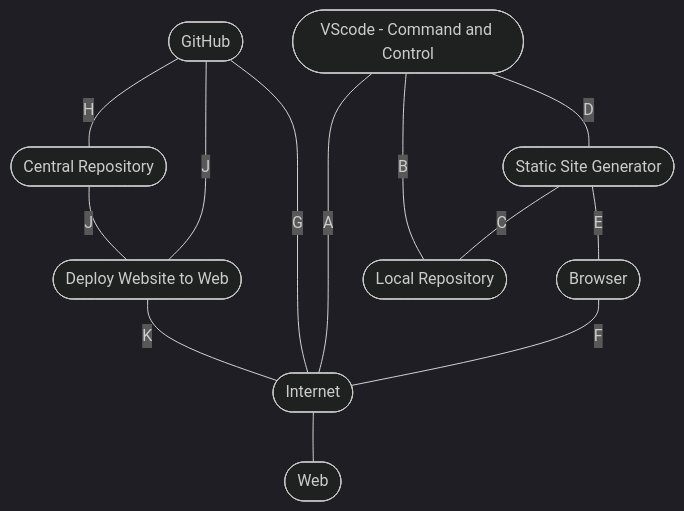
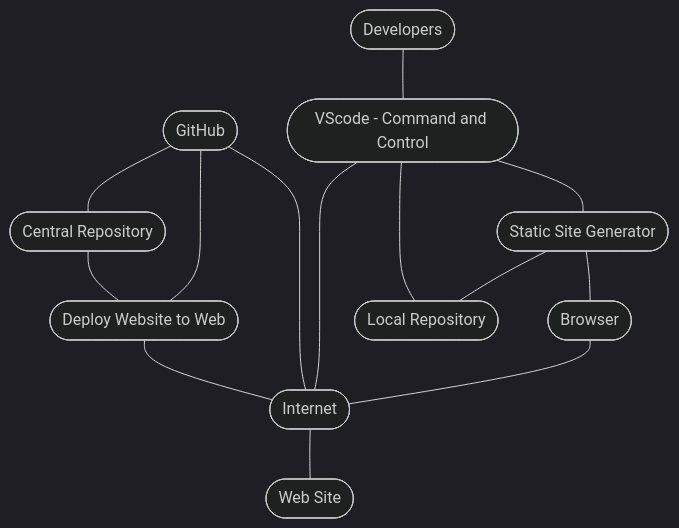
The diagram in docs/website-development-stack.md (JohnTelford/mkdocs-2), drawn with Mermaid (dark theme) before and after one commit. The commit also changed other lines of this file and 3 other files, not shown here.

````diff
--- a/docs/website-development-stack.md
+++ b/docs/website-development-stack.md
@@ -15,40 +15,42 @@
 ``` mermaid
 flowchart TB
 	net([Internet]) 
 
-	web([Web])
+	web([Web Site])
 
-	crepo ---| J | cdn([Deploy Website to Web])
+	crepo --- cdn([Deploy Website to Web])
 
-	cdn ---| K | net
+	cdn --- net
 
 	
 	net --- web
 
 	github([GitHub]) 
 
-	github ---| H | crepo([Central Repository])
+	github --- crepo([Central Repository])
 
-	github ---| J | cdn
+	github --- cdn
 
-	github ---| G | net
+	github --- net
 	
 
-	vsc([VScode - Command and Control]) ---| A | net 
+	vsc([VScode - Command and Control]) --- net 
+
+	developer([Developers]) --- 
 	
-	vsc ---| B | lrepo([Local Repository])
+	vsc --- lrepo([Local Repository])
 
 	ssg([Static Site Generator])
 
-	vsc ---| D |ssg
+	vsc --- ssg
 
-	ssg ---| C | lrepo
+	ssg --- lrepo
 
 	brow([Browser])
 
-	ssg ---| E | brow
+	ssg --- brow
 
-	brow ---| F | net
+	brow --- net
 
 
 ```
````
